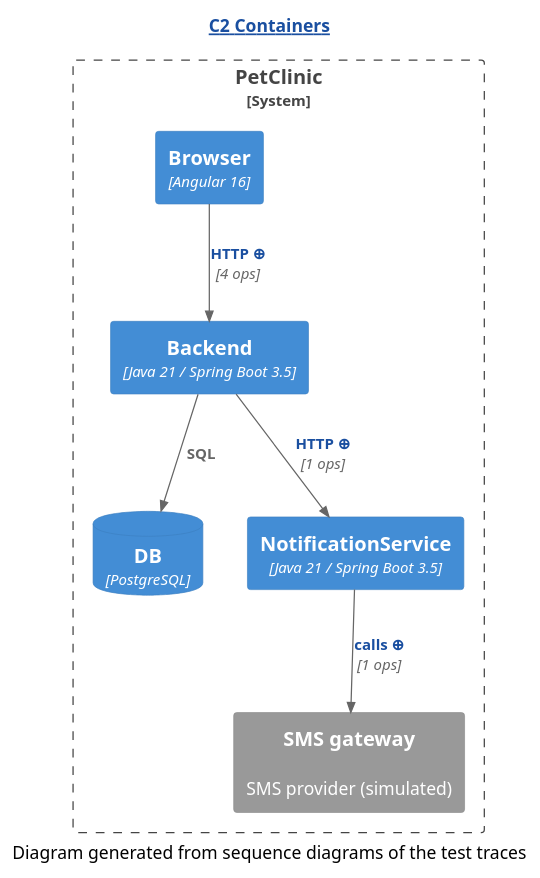
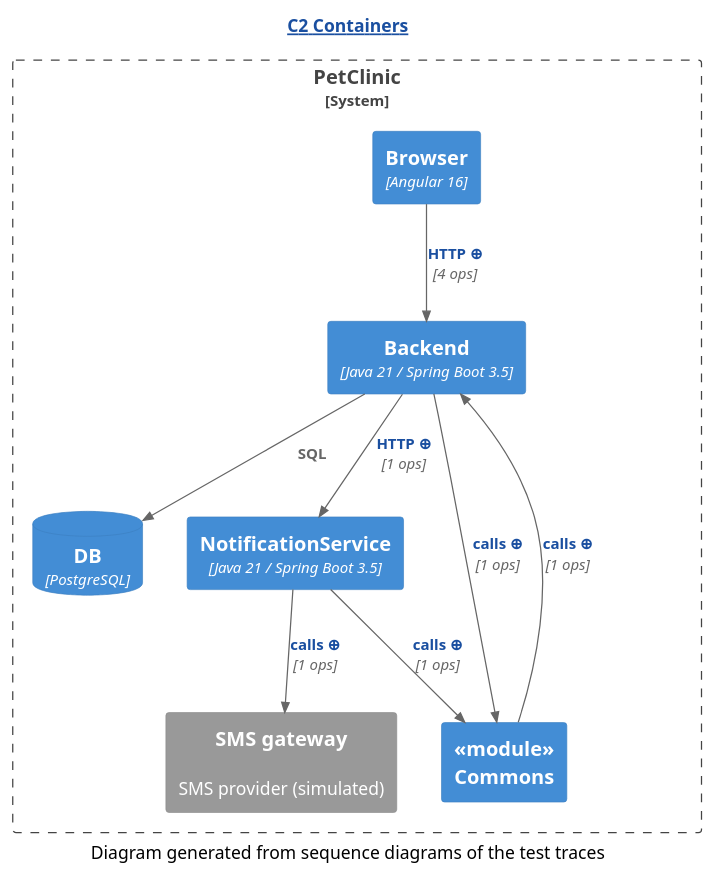
One commit to Winandvdb/human-review changed the diagram in demo/demo/assets/c2/C2-Containers.old.puml. Above: the diagram before and after it, drawn with PlantUML. The commit also changed 97 other files, not shown here.

```diff
--- a/demo/demo/assets/c2/C2-Containers.old.puml
+++ b/demo/demo/assets/c2/C2-Containers.old.puml
@@ -1,20 +1,24 @@
 @startuml
 ' ⚠️  GENERATED — projected from the sequence diagrams by c2-from-sequence.py.
 !include <C4/C4_Container>
 HIDE_STEREOTYPE()
 skinparam hyperlinkUnderline false
 skinparam hyperlinkColor #1A4FA0
 title [[https://c4model.com/diagrams/container{What is a C2 diagram?} C2 Containers]]
 System_Boundary(c2_system, "PetClinic") {
   Container(Backend, "Backend", "Java 21 / Spring Boot 3.5", "")
   Container(Browser, "Browser", "Angular 16", "")
   ContainerDb(DB, "DB", "PostgreSQL", "")
   Container(NotificationService, "NotificationService", "Java 21 / Spring Boot 3.5", "")
   System_Ext(SMS_gateway, "SMS gateway", "SMS provider (simulated)", "")
+  Container(_module__nCommons, "«module»\nCommons", "", "")
 }
 Rel(Backend, DB, "SQL", "")
 Rel(Backend, NotificationService, "[[genseq://c2-279a196c9d{Click for the calls behind this line} HTTP ⊕]]", "1 ops")
+Rel(Backend, _module__nCommons, "[[genseq://c2-103d57f8db{Click for the calls behind this line} calls ⊕]]", "1 ops")
 Rel(Browser, Backend, "[[genseq://c2-43d2943456{Click for the calls behind this line} HTTP ⊕]]", "4 ops")
 Rel(NotificationService, SMS_gateway, "[[genseq://c2-cb01a30b7a{Click for the calls behind this line} calls ⊕]]", "1 ops")
+Rel(NotificationService, _module__nCommons, "[[genseq://c2-e128eb6ba0{Click for the calls behind this line} calls ⊕]]", "1 ops")
+Rel(_module__nCommons, Backend, "[[genseq://c2-cd32149db2{Click for the calls behind this line} calls ⊕]]", "1 ops")
 caption Diagram generated from sequence diagrams of the test traces
 @enduml
```
